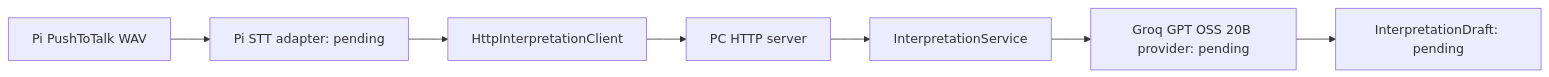
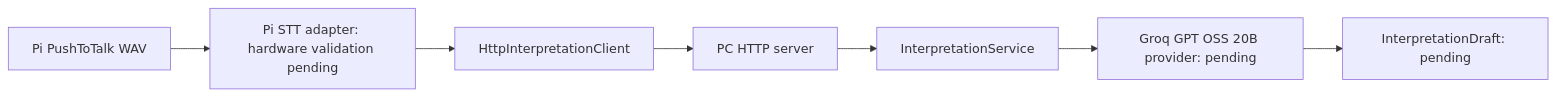
Before and after one commit to tpII/2026-g3-voicestock: the diagram in docs/architecture/audio-interpretation-integration.md, drawn with Mermaid. The commit also changed other lines of this file and 15 other files, not shown here.

Commit message:
feat(stt): add Raspberry Pi SSH integration runner and Whisper adapter

````diff
--- a/docs/architecture/audio-interpretation-integration.md
+++ b/docs/architecture/audio-interpretation-integration.md
@@ -9,9 +9,9 @@
 ```mermaid
 flowchart LR
-    A[Pi PushToTalk WAV] --> B[Pi STT adapter: pending]
+    A[Pi PushToTalk WAV] --> B[Pi STT adapter: hardware validation pending]
     B --> C[HttpInterpretationClient]
     C --> D[PC HTTP server]
     D --> E[InterpretationService]
     E --> F[Groq GPT OSS 20B provider: pending]
     F --> G[InterpretationDraft: pending]
 ```
````
